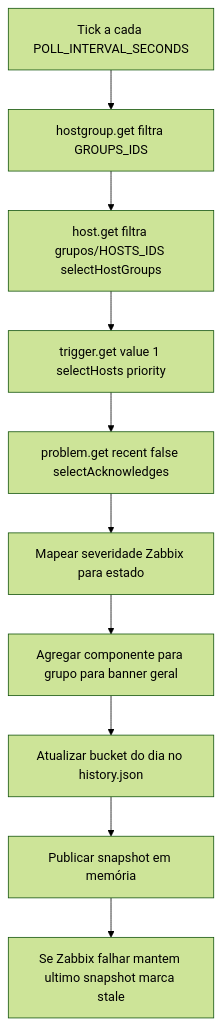
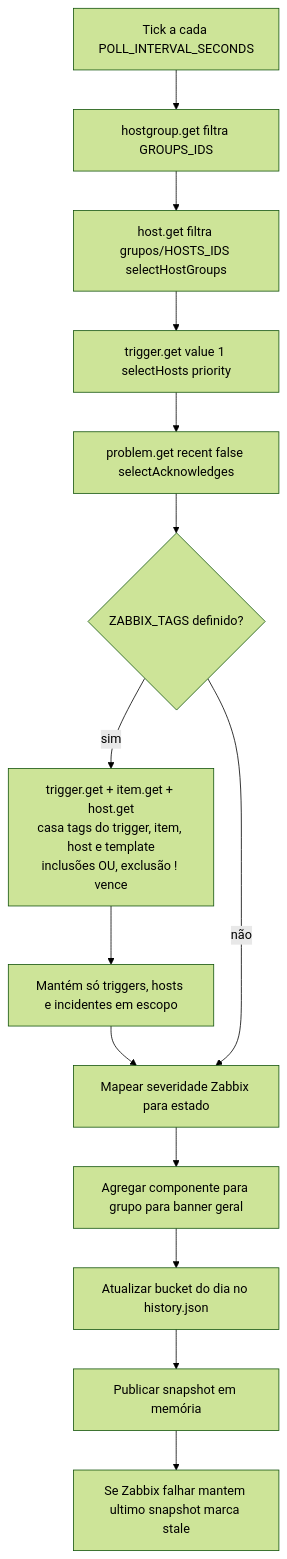
The second of 2 diagrams in docs/ARQUITETURA.md (marcelofmatos/zabbix-status-page), drawn with Mermaid (forest theme) before and after one commit. The commit also changed 10 other files, not shown here.

First line of the commit message:
feat: filtro por tag considera tags herdadas e aceita exclusão

````diff
--- a/docs/ARQUITETURA.md
+++ b/docs/ARQUITETURA.md
@@ -28,12 +28,16 @@
 ```mermaid
 flowchart TD
   A["Tick a cada POLL_INTERVAL_SECONDS"] --> B["hostgroup.get filtra GROUPS_IDS"]
   B --> C["host.get filtra grupos/HOSTS_IDS selectHostGroups"]
   C --> D["trigger.get value 1 selectHosts priority"]
   D --> E["problem.get recent false selectAcknowledges"]
-  E --> F["Mapear severidade Zabbix para estado"]
+  E --> T{"ZABBIX_TAGS definido?"}
+  T -- sim --> S["trigger.get + item.get + host.get<br/>casa tags do trigger, item, host e template<br/>inclusões OU, exclusão ! vence"]
+  S --> R["Mantém só triggers, hosts e incidentes em escopo"]
+  R --> F
+  T -- não --> F["Mapear severidade Zabbix para estado"]
   F --> G["Agregar componente para grupo para banner geral"]
   G --> H["Atualizar bucket do dia no history.json"]
   H --> I["Publicar snapshot em memória"]
   I --> J["Se Zabbix falhar mantem ultimo snapshot marca stale"]
 ```
````
